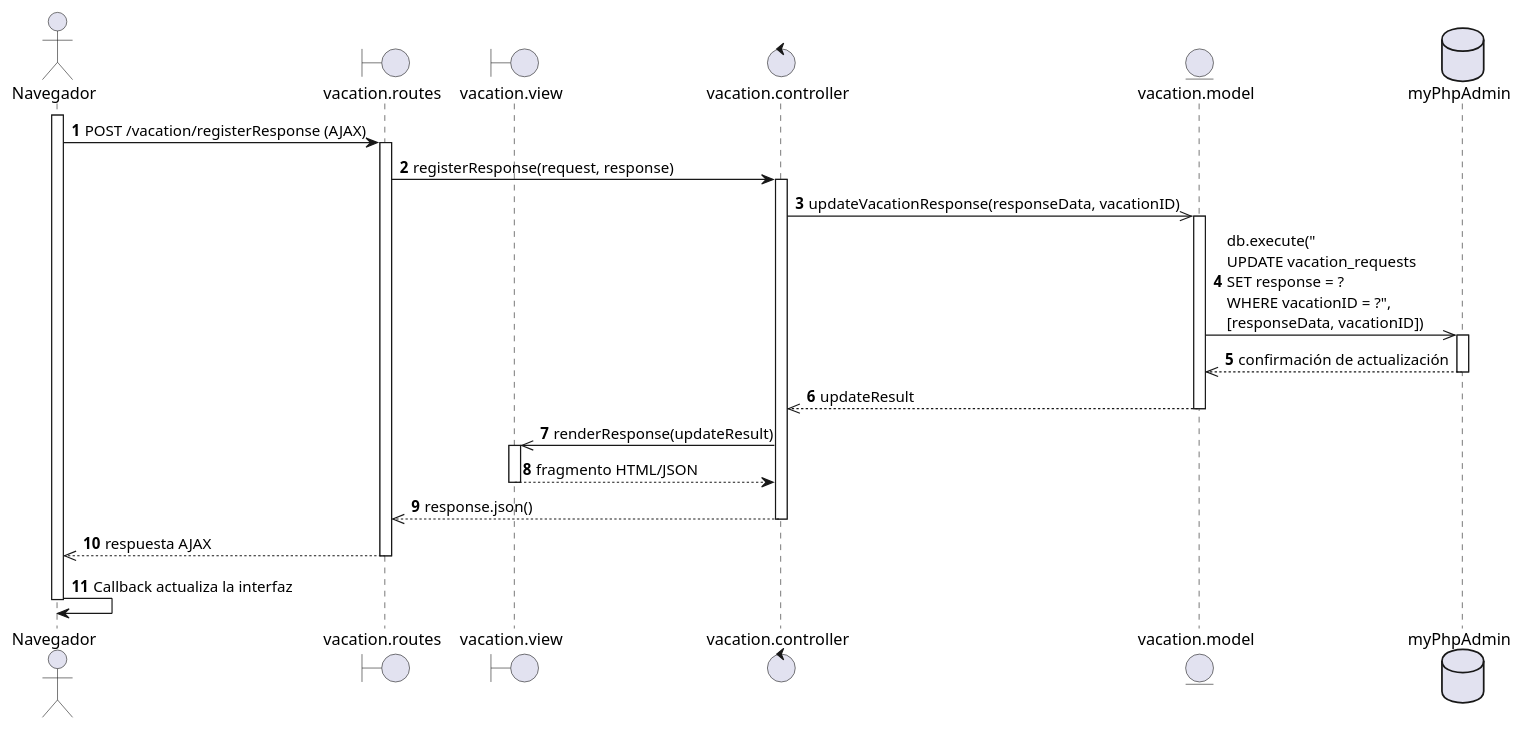
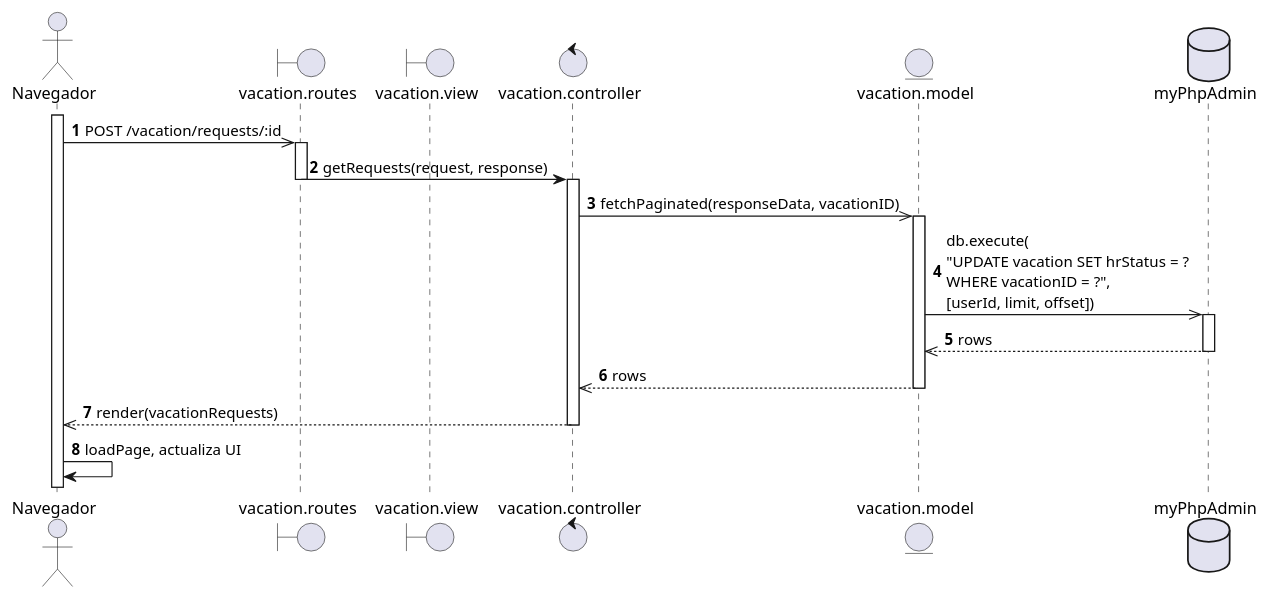
One commit to EdCanCe/WorkCells changed the diagram in diagrams/Casos de Uso/Mauricio/diagrama de secuencia/CU041.puml. Above: the diagram before and after it, drawn with PlantUML. The commit also changed 4 other files, not shown here.

Commit message:
Updating all diagramas de seucincia

```diff
--- a/diagrams/Casos de Uso/Mauricio/diagrama de secuencia/CU041.puml
+++ b/diagrams/Casos de Uso/Mauricio/diagrama de secuencia/CU041.puml
@@ -1,44 +1,41 @@
 @startuml CU041 - Superadmin registra respuesta hacia solicitud de vacaciones de empleado - Diagrama de secuencia
 actor Navegador
 boundary "vacation.routes" as Routes
 boundary "vacation.view" as View
 control "vacation.controller" as Controller
 entity "vacation.model" as Model
 database "myPhpAdmin" as DB
 
 autonumber
 
-' El SuperAdmin (HR) envía la respuesta a través de AJAX
+' El Navegador envía la petición AJAX para registrar la respuesta a la ausencia
 activate Navegador
-Navegador -> Routes: POST /vacation/registerResponse (AJAX)
+Navegador ->> Routes: POST /vacation/requests/:id
 
 activate Routes
-Routes -> Controller: registerResponse(request, response)
+Routes -> Controller: getRequests(request, response)
+deactivate Routes
 activate Controller
 
-' El controlador actualiza la respuesta de la solicitud en el modelo
-Controller ->> Model: updateVacationResponse(responseData, vacationID)
+' El controlador invoca al modelo para actualizar la respuesta de la ausencia
+Controller ->> Model: fetchPaginated(responseData, vacationID)
 activate Model
-Model ->> DB: db.execute("\nUPDATE vacation_requests \nSET response = ? \nWHERE vacationID = ?", \n[responseData, vacationID])
+
+' El modelo ejecuta la consulta en la base de datos
+Model ->> DB: db.execute(\n"UPDATE vacation SET hrStatus = ?\nWHERE vacationID = ?", \n[userId, limit, offset])
 activate DB
-DB -->> Model: confirmación de actualización
+DB -->> Model: rows
 deactivate DB
-Model -->> Controller: updateResult
+
+Model -->> Controller: rows
 deactivate Model
 
-' Se prepara la respuesta para el cliente a través de la vista
-Controller ->> View: renderResponse(updateResult)
-activate View
-View --> Controller: fragmento HTML/JSON
-deactivate View
-
-Controller -->> Routes: response.json()
+' El controlador procesa el resultado y prepara la respuesta para la vista (AJAX JSON o fragmento HTML)
+Controller -->> Navegador: render(vacationRequests)
 deactivate Controller
 
-Routes -->> Navegador: respuesta AJAX
-deactivate Routes
 
-Navegador -> Navegador: Callback actualiza la interfaz
-deactivate Navegador
+' El Navegador procesa la respuesta y actualiza la interfaz
+Navegador -> Navegador: loadPage, actualiza UI
 
 @enduml
```
